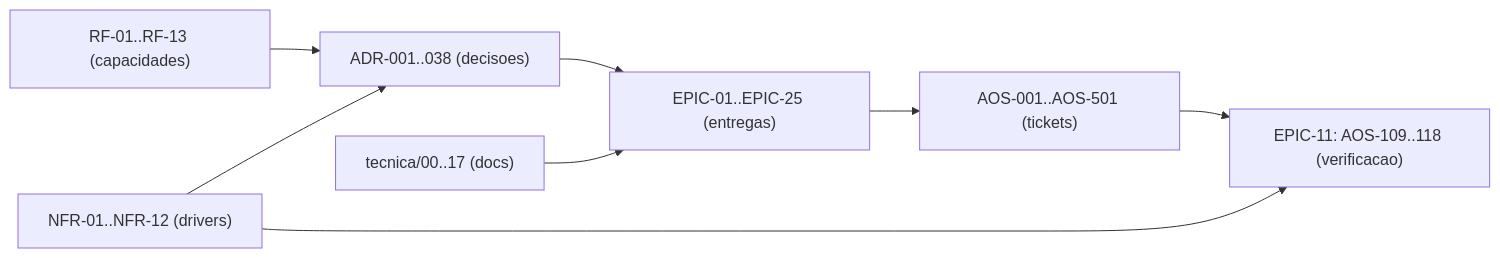
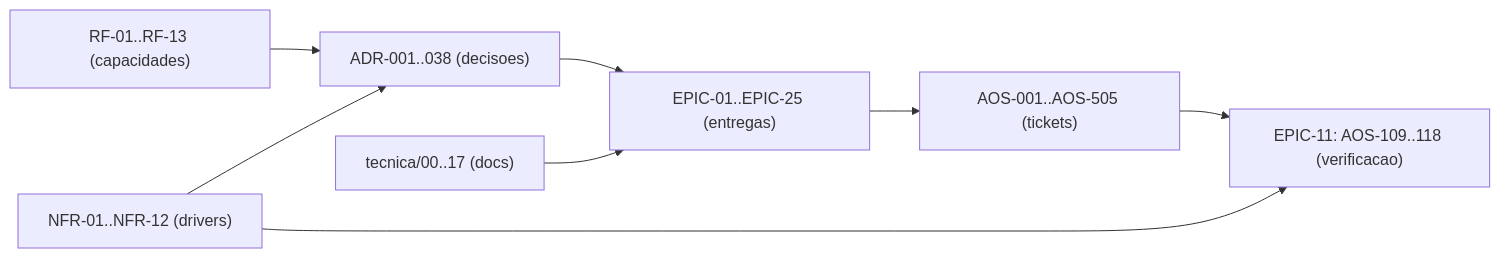
The diagram in tecnica/16_Rastreabilidade_RTM.md (albinoJimy/aos), drawn with Mermaid before and after one commit. The commit also changed other lines of this file and 4 other files, not shown here.

First line of the commit message:
docs(AOS-502): tickets da fase A1 (recuperação) e acompanhamento

````diff
--- a/tecnica/16_Rastreabilidade_RTM.md
+++ b/tecnica/16_Rastreabilidade_RTM.md
@@ -206,10 +206,10 @@
 ```mermaid
 flowchart LR
     RF["RF-01..RF-13 (capacidades)"] --> ADR["ADR-001..038 (decisoes)"]
     NFR["NFR-01..NFR-12 (drivers)"] --> ADR
     ADR --> EPIC["EPIC-01..EPIC-25 (entregas)"]
-    EPIC --> TICK["AOS-001..AOS-501 (tickets)"]
+    EPIC --> TICK["AOS-001..AOS-505 (tickets)"]
     DOC["tecnica/00..17 (docs)"] --> EPIC
     TICK --> TEST["EPIC-11: AOS-109..118 (verificacao)"]
     NFR --> TEST
 ```
````
